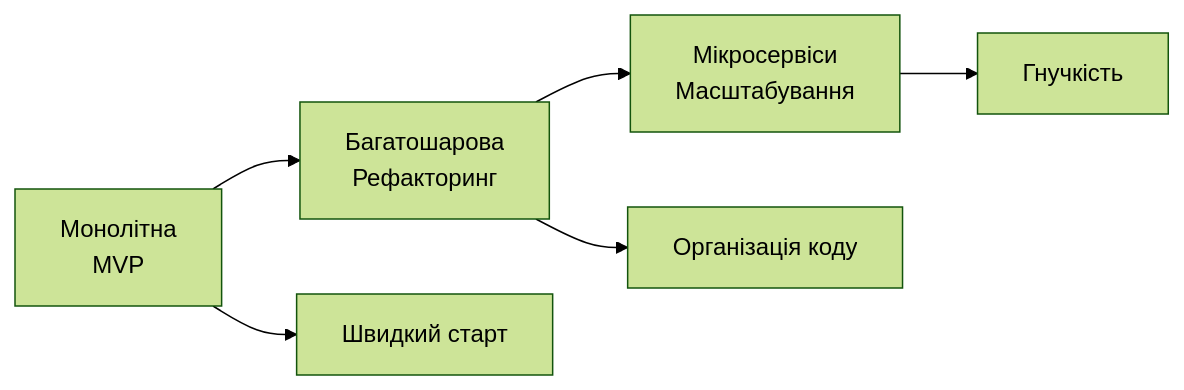
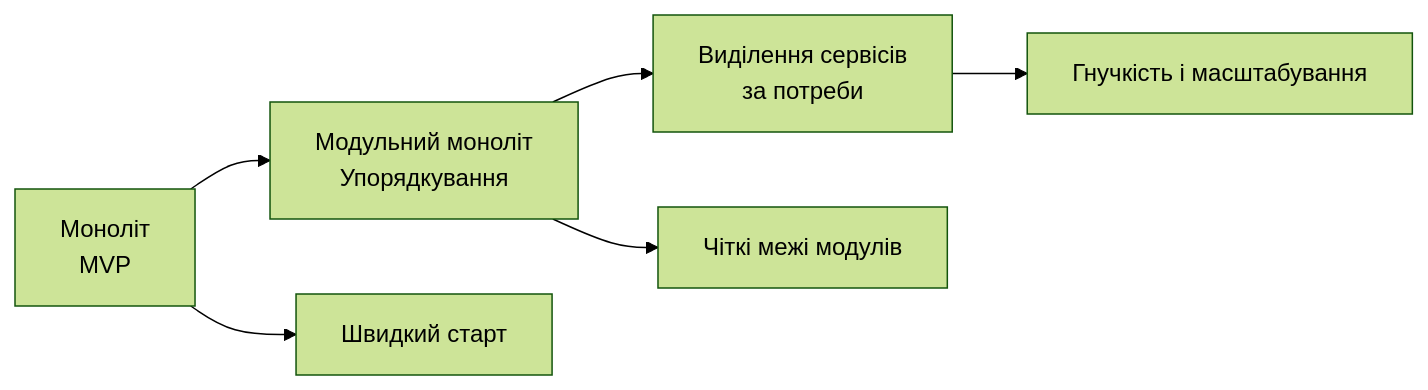
Before and after one commit to olroi421/course-opi-v2: the seventh of 7 diagrams in presentations/presentation-09.md, drawn with Mermaid (forest theme). The commit also changed other lines of this file and 10 other files, not shown here.

````diff
--- a/presentations/presentation-09.md
+++ b/presentations/presentation-09.md
@@ -679,9 +761,9 @@
 ```mermaid
 graph LR
-    A[Монолітна<br/>MVP] --> B[Багатошарова<br/>Рефакторинг]
-    B --> C[Мікросервіси<br/>Масштабування]
+    A["Моноліт<br/>MVP"] --> B["Модульний моноліт<br/>Упорядкування"]
+    B --> C["Виділення сервісів<br/>за потреби"]
 
-    A --> D[Швидкий старт]
-    B --> E[Організація коду]
-    C --> F[Гнучкість]
+    A --> D["Швидкий старт"]
+    B --> E["Чіткі межі модулів"]
+    C --> F["Гнучкість і масштабування"]
 ```
````
